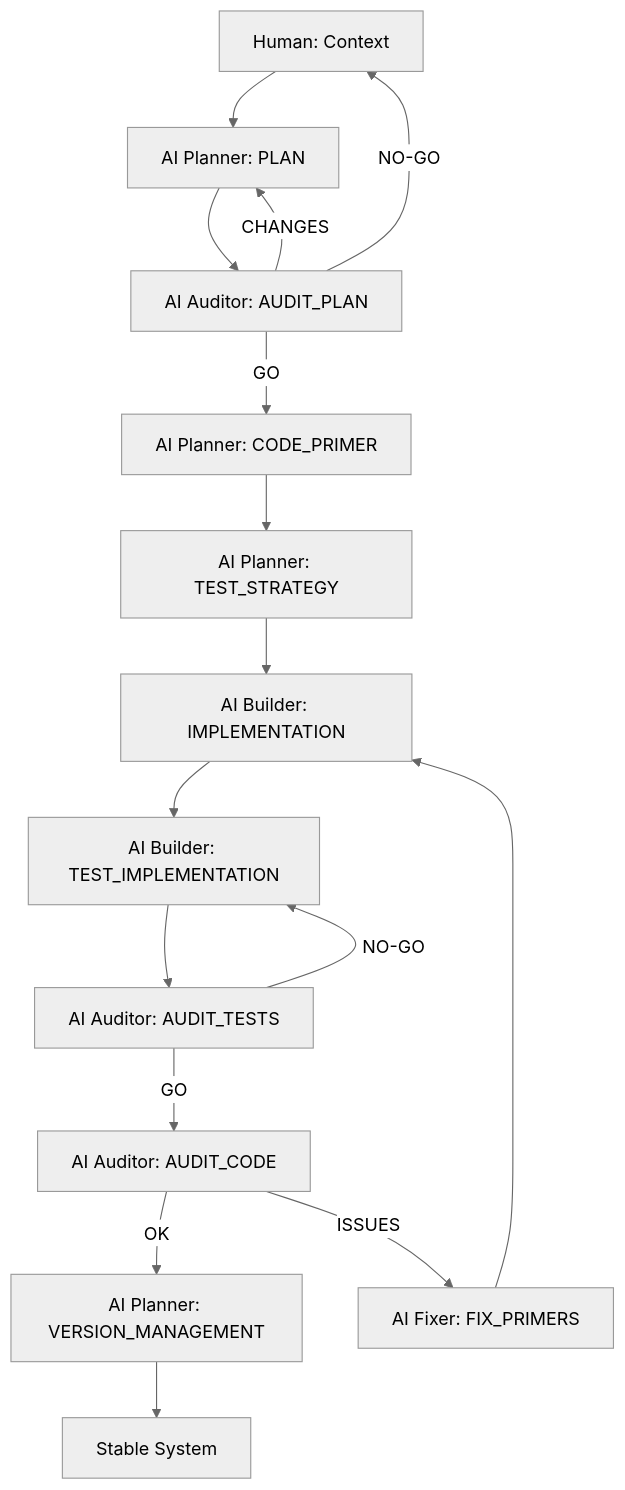
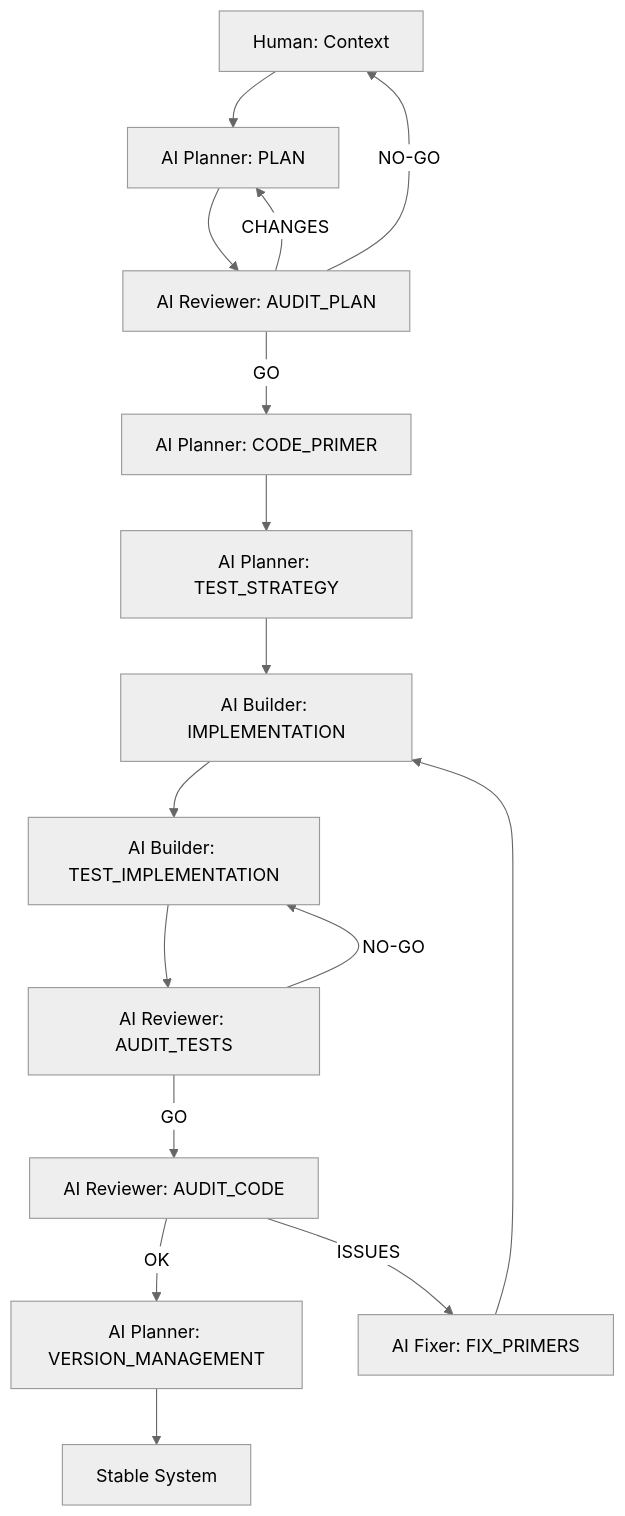
The first of 4 diagrams in SPAD/Documents/08_SPAD_Skill_Official_EN.md (seachad/AI_CONSULTING), drawn with Mermaid (neutral theme) before and after one commit. The commit also changed other lines of this file and 509 other files, not shown here.

````diff
--- a/SPAD/Documents/08_SPAD_Skill_Official_EN.md
+++ b/SPAD/Documents/08_SPAD_Skill_Official_EN.md
@@ -283,31 +288,31 @@
 ```mermaid
 flowchart TD
     A[Human: Context]
     B[AI Planner: PLAN]
-    C[AI Auditor: AUDIT_PLAN]
+    C[AI Reviewer: AUDIT_PLAN]
     D[AI Planner: CODE_PRIMER]
     TS[AI Planner: TEST_STRATEGY]
     E[AI Builder: IMPLEMENTATION]
     TI[AI Builder: TEST_IMPLEMENTATION]
-    AT[AI Auditor: AUDIT_TESTS]
-    F[AI Auditor: AUDIT_CODE]
+    AT[AI Reviewer: AUDIT_TESTS]
+    F[AI Reviewer: AUDIT_CODE]
     G[AI Fixer: FIX_PRIMERS]
     V[AI Planner: VERSION_MANAGEMENT]
     H[Stable System]
 
     A --> B
     B --> C
     C -->|GO| D
     C -->|CHANGES| B
     C -->|NO-GO| A
     D --> TS
     TS --> E
     E --> TI
     TI --> AT
     AT -->|GO| F
     AT -->|NO-GO| TI
     F -->|OK| V
     F -->|ISSUES| G
     G --> E
     V --> H
 ```
````
